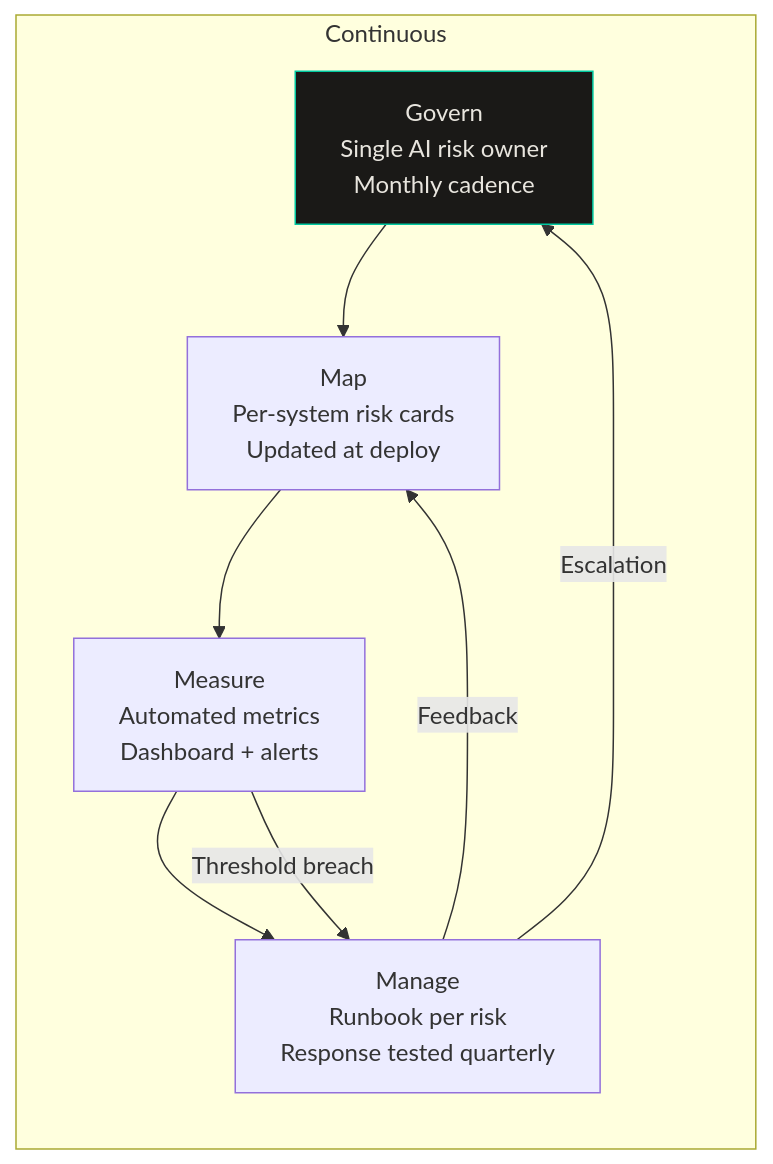
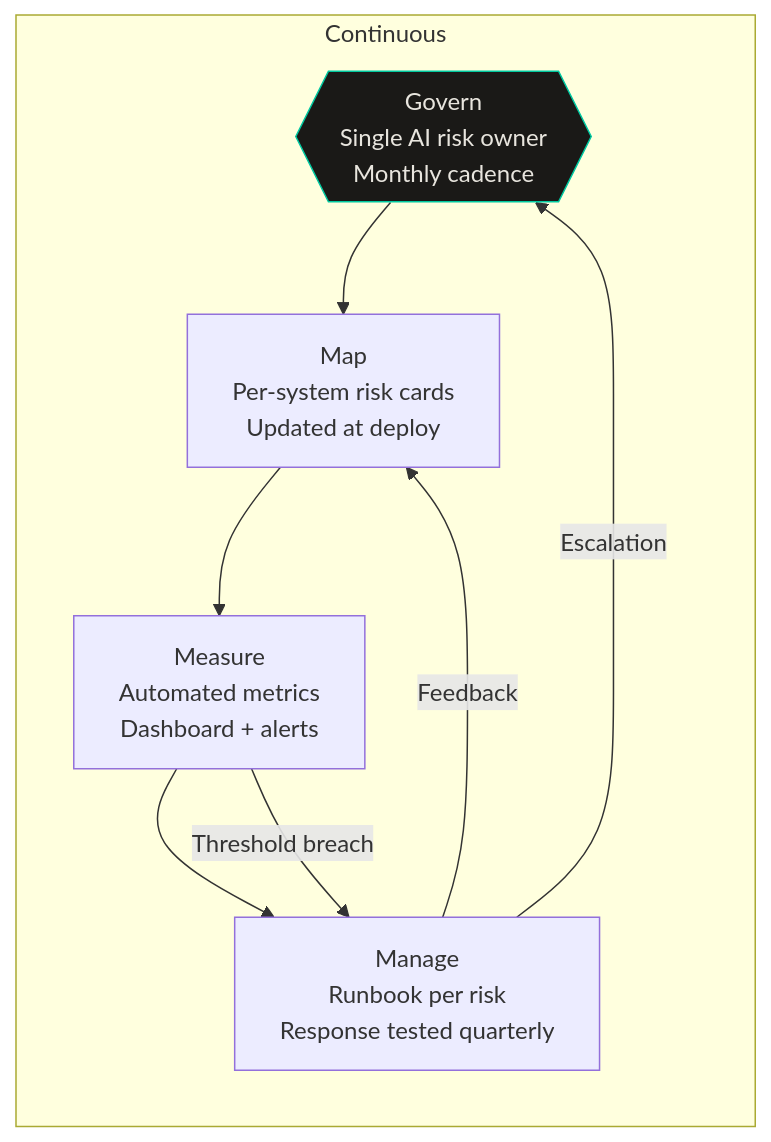
The second of 2 diagrams in src/content/analysis/nist-ai-rmf-practice.mdx (CyberdaemonAI/cyberdaemon-site), drawn with Mermaid before and after one commit. The commit also changed other lines of this file and 23 other files, not shown here.

First line of the commit message:
style(diagrams): retrofit all mermaid diagrams to flowchart syntax site-wide

````diff
--- a/src/content/analysis/nist-ai-rmf-practice.mdx
+++ b/src/content/analysis/nist-ai-rmf-practice.mdx
@@ -290,18 +290,18 @@
 ```mermaid
-graph LR
-    subgraph Continuous
-        G[Govern<br/>Single AI risk owner<br/>Monthly cadence]
+flowchart LR
+    subgraph continuous["Continuous"]
+        G{{Govern<br/>Single AI risk owner<br/>Monthly cadence}}
         M1[Map<br/>Per-system risk cards<br/>Updated at deploy]
         M2[Measure<br/>Automated metrics<br/>Dashboard + alerts]
         M3[Manage<br/>Runbook per risk<br/>Response tested quarterly]
     end
 
     G --> M1
     M1 --> M2
     M2 --> M3
     M3 -->|Feedback| M1
     M3 -->|Escalation| G
     M2 -->|Threshold breach| M3
 
     style G fill:#1a1917,stroke:#00c8a0,color:#e8e5de
 ```
````
